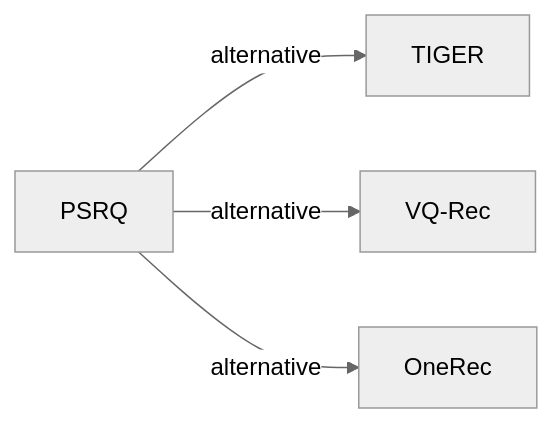
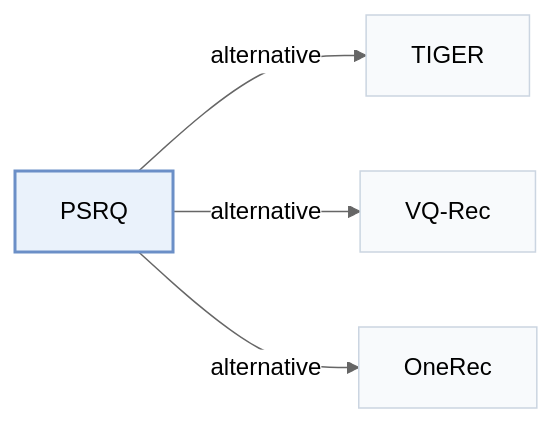
Before and after one commit to Galaxy-ghost/Awesome-SID-Generative-Rec: the second of 2 diagrams in pages/papers/psrq.md, drawn with Mermaid (neutral theme). The commit also changed other lines of this file and 649 other files, not shown here.

Commit message:
writer-05: also tags and modality index (schema, check, build, visuals); summary field removed; calibration data for 12 papers

````diff
--- a/pages/papers/psrq.md
+++ b/pages/papers/psrq.md
@@ -67,7 +74,11 @@
 ```mermaid
 flowchart LR
     P["PSRQ"]
-    P -->|alternative| A["TIGER"]
-    P -->|alternative| B["VQ-Rec"]
-    P -->|alternative| C["OneRec"]
+    P -->|"alternative"| A["TIGER"]
+    P -->|"alternative"| B["VQ-Rec"]
+    P -->|"alternative"| C["OneRec"]
+    classDef main fill:#eaf2fb,stroke:#6b8fc7,stroke-width:2px
+    classDef peer fill:#f8fafc,stroke:#cbd5e1
+    class P main
+    class A,B,C peer
 ```
````
